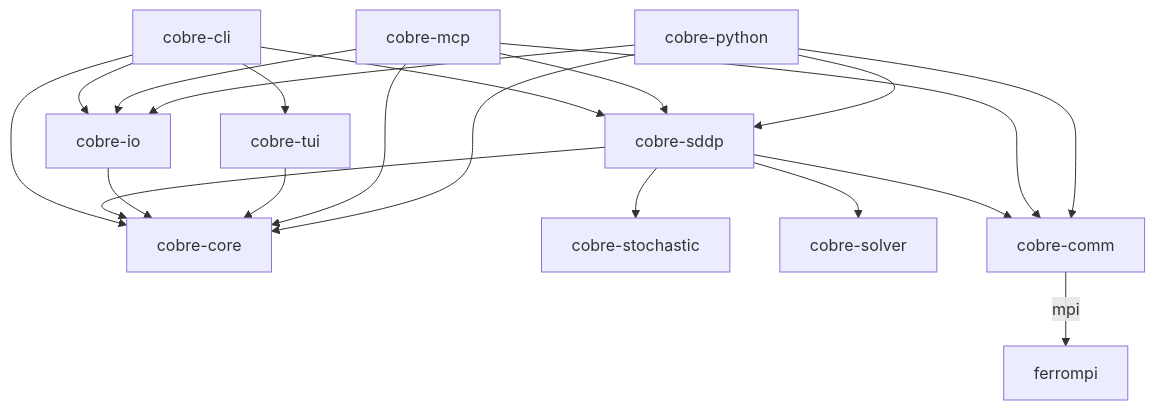
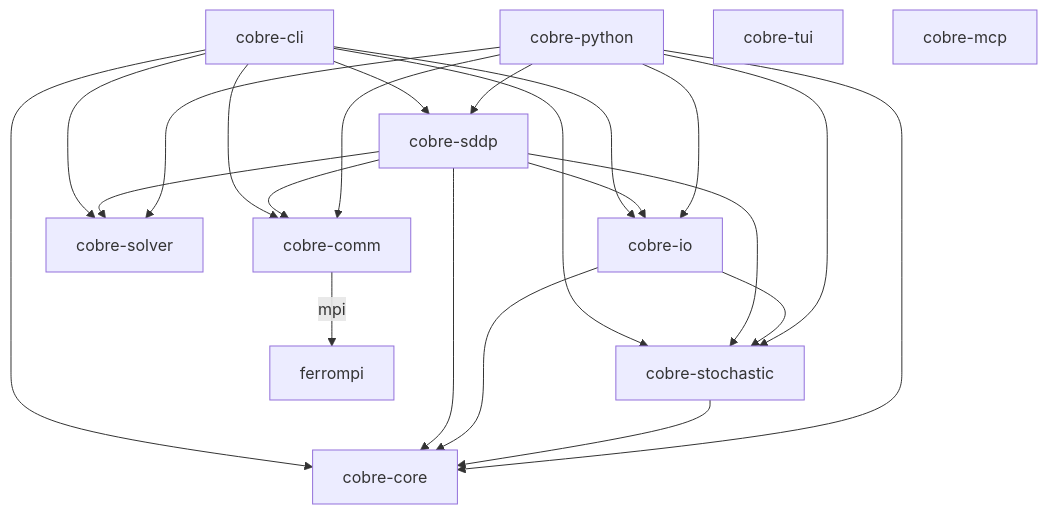
The diagram in src/specs/overview/implementation-ordering.md (cobre-rs/cobre-docs), drawn with Mermaid before and after one commit. The commit also changed other lines of this file and 33 other files, not shown here.

````diff
--- a/src/specs/overview/implementation-ordering.md
+++ b/src/specs/overview/implementation-ordering.md
@@ -11,27 +11,32 @@
 ```mermaid
 graph TD
     cli[cobre-cli] --> sddp[cobre-sddp]
     cli --> io[cobre-io]
-    cli --> tui[cobre-tui]
     cli --> core[cobre-core]
+    cli --> solver[cobre-solver]
+    cli --> comm[cobre-comm]
+    cli --> stochastic[cobre-stochastic]
 
     sddp --> core
-    sddp --> stochastic[cobre-stochastic]
-    sddp --> solver[cobre-solver]
-    sddp --> comm[cobre-comm]
+    sddp --> stochastic
+    sddp --> solver
+    sddp --> comm
+    sddp --> io
 
     io --> core
-    tui --> core
+    io --> stochastic
+
+    stochastic --> core
 
     comm -->|mpi| ferrompi[ferrompi]
 
-    mcp[cobre-mcp] --> sddp
-    mcp --> io
-    mcp --> comm
-    mcp --> core
-
     python[cobre-python] --> sddp
     python --> io
+    python --> core
+    python --> stochastic
+    python --> solver
     python --> comm
-    python --> core
+
+    tui[cobre-tui]
+    mcp[cobre-mcp]
 ```
````
